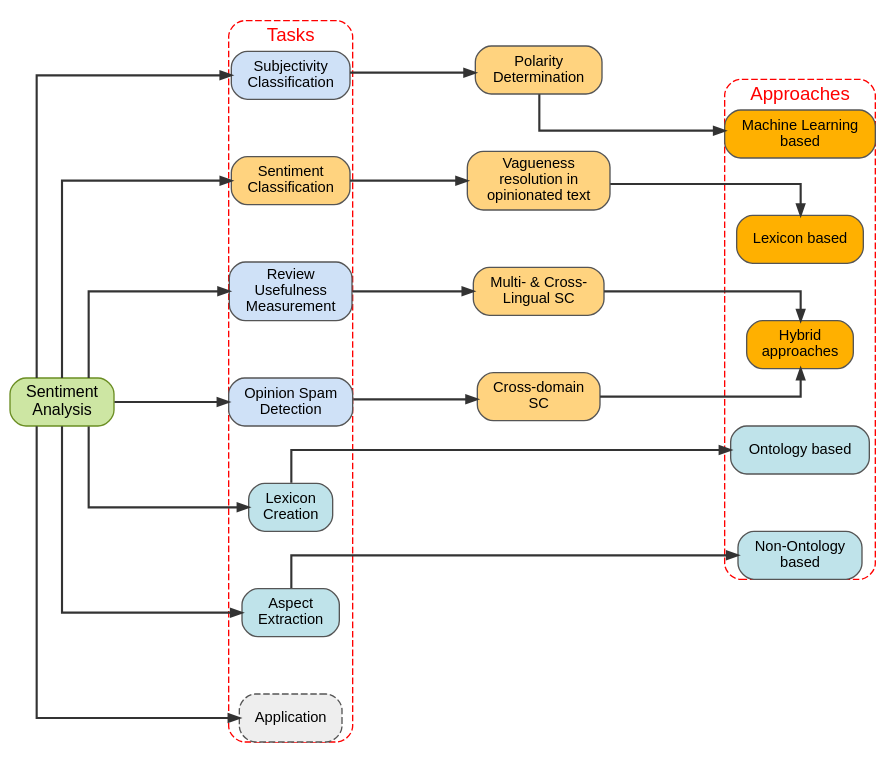
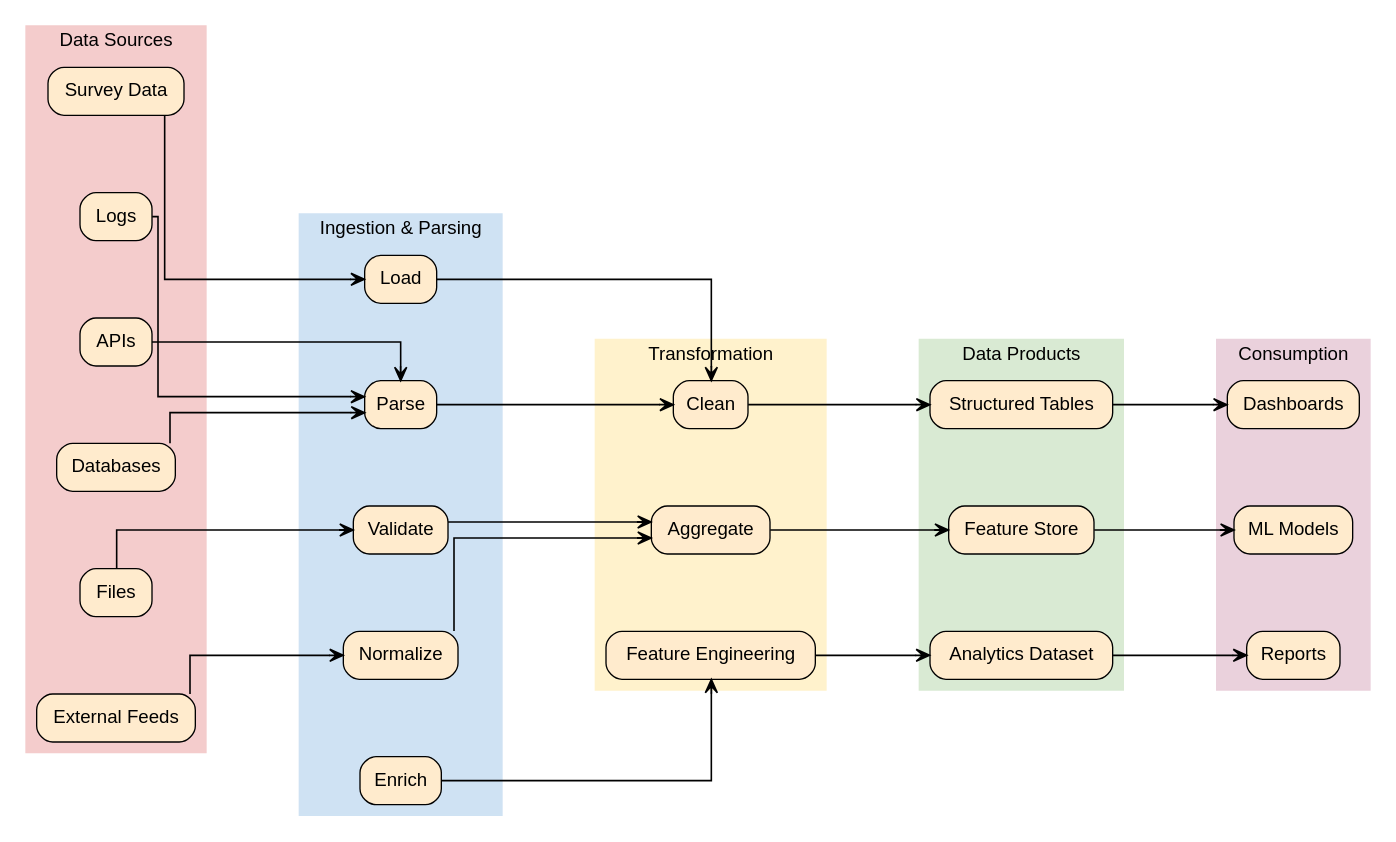
One commit to BostonAnalytics/AD698-generative-ai-for-BA changed the ninth of 12 diagrams in M1/M01_P2.qmd. Above: the diagram before and after it, drawn with Graphviz. The commit also changed other lines of this file and 18 other files, not shown here.

Commit message:
updated graphs

````diff
--- a/M1/M01_P2.qmd
+++ b/M1/M01_P2.qmd
@@ -405,203 +841,125 @@
 ```{dot}
-digraph Sentiment_Analysis_Map {
+digraph Pipeline {
 
-    /* =========================
-       Global settings
-       ========================= */
+  rankdir=LR;
+  splines=ortho;
+  concentrate=true;
+  nodesep=0.8;
+  ranksep=1.2;
+  fontname="Helvetica";
 
-    rankdir=LR;
-    newrank=true;
-    splines=ortho;
+  node [
+    shape=box,
+    style="filled,rounded",
+    fontname="Helvetica",
+    fillcolor="blanchedalmond"
+  ];
 
-    graph [
-        fontname="Helvetica"
-        fontsize=11
-        bgcolor="white"
-        pad="0.0"
-        margin="0"
-        nodesep="0.6"
-        ranksep="1.2"
-    ];
+  edge [
+    arrowhead=vee,
+    penwidth=1.2
+  ];
 
-    node [
-        shape=box
-        style="rounded,filled"
-        fontname="Helvetica"
-        fontsize=11
-        color="#555555"
-    ];
+  /* =========================
+     STAGE 1 — DATA SOURCES
+     ========================= */
+  subgraph cluster_data {
+    label="Data Sources";
+    color="#f4cccc";
+    style=filled;
+    rank=same;
 
-    edge [
-        color="#333333"
-        penwidth=1.6
-        arrowsize=0.8
-    ];
+    ds1 [label="Survey Data"];
+    ds2 [label="Logs"];
+    ds3 [label="APIs"];
+    ds4 [label="Databases"];
+    ds5 [label="Files"];
+    ds6 [label="External Feeds"];
+  }
 
-    /* =========================
-       Root
-       ========================= */
+  /* =========================
+     STAGE 2 — INGESTION
+     ========================= */
+  subgraph cluster_ingest {
+    label="Ingestion & Parsing";
+    color="#cfe2f3";
+    style=filled;
+    rank=same;
 
-    SentimentAnalysis [
-        label="Sentiment\nAnalysis"
-        fillcolor="#cde6a3"
-        fontsize=12
-        color="#6b8e23"
-    ];
+    p1 [label="Load"];
+    p2 [label="Parse"];
+    p3 [label="Validate"];
+    p4 [label="Normalize"];
+    p5 [label="Enrich"];
+  }
 
-    /* =========================
-       TASKS CLUSTER
-       ========================= */
+  /* =========================
+     STAGE 3 — TRANSFORMATION
+     ========================= */
+  subgraph cluster_transform {
+    label="Transformation";
+    color="#fff2cc";
+    style=filled;
+    rank=same;
 
-    subgraph cluster_tasks {
-        label="Tasks";
-        style="dashed,rounded";
-        color="red";
-        fontcolor="red";
-        fontsize=14;
+    t1 [label="Clean"];
+    t2 [label="Aggregate"];
+    t3 [label="Feature Engineering"];
+  }
 
-        Subjectivity [
-            label="Subjectivity\nClassification"
-            fillcolor="#cfe1f7"
-        ];
+  /* =========================
+     STAGE 4 — DATA PRODUCTS
+     ========================= */
+  subgraph cluster_products {
+    label="Data Products";
+    color="#d9ead3";
+    style=filled;
+    rank=same;
+    splines=curved;
 
-        SentimentClass [
-            label="Sentiment\nClassification"
-            fillcolor="#ffd37f"
-        ];
 
-        ReviewUse [
-            label="Review\nUsefulness\nMeasurement"
-            fillcolor="#cfe1f7"
-        ];
+    o1 [label="Structured Tables"];
+    o2 [label="Feature Store"];
+    o3 [label="Analytics Dataset"];
+  }
 
-        SpamDetect [
-            label="Opinion Spam\nDetection"
-            fillcolor="#cfe1f7"
-        ];
+  /* =========================
+     STAGE 5 — CONSUMPTION
+     ========================= */
+  subgraph cluster_consume {
+    label="Consumption";
+    color="#ead1dc";
+    style=filled;
+    rank=same;
 
-        LexiconCreate [
-            label="Lexicon\nCreation"
-            fillcolor="#bfe3ea"
-        ];
+    c1 [label="Dashboards"];
+    c2 [label="ML Models"];
+    c3 [label="Reports"];
+  }
 
-        AspectExtract [
-            label="Aspect\nExtraction"
-            fillcolor="#bfe3ea"
-        ];
+  /* =========================
+     FLOWS
+     ========================= */
+  ds1 -> p1;
+  ds2 -> p2;
+  ds3 -> p2;
+  ds4 -> p2;
+  ds5 -> p3;
+  ds6 -> p4;
 
-        Application [
-            label="Application"
-            fillcolor="#eeeeee"
-            style="rounded,dashed,filled"
-        ];
-    }
+  p1 -> t1;
+  p2 -> t1;
+  p3 -> t2;
+  p4 -> t2;
+  p5 -> t3;
 
-    /* =========================
-       SUBTASKS (middle column)
-       ========================= */
+  t1 -> o1;
+  t2 -> o2;
+  t3 -> o3;
 
-    subgraph cluster_subtasks {
-        label="";
-        color="invis";
-
-        Polarity [
-            label="Polarity\nDetermination"
-            fillcolor="#ffd37f"
-        ];
-
-        Vagueness [
-            label="Vagueness\nresolution in\nopinionated text"
-            fillcolor="#ffd37f"
-        ];
-
-        MultiLingual [
-            label="Multi- & Cross-\nLingual SC"
-            fillcolor="#ffd37f"
-        ];
-
-        CrossDomain [
-            label="Cross-domain\nSC"
-            fillcolor="#ffd37f"
-        ];
-    }
-
-    /* =========================
-       APPROACHES CLUSTER
-       ========================= */
-
-    subgraph cluster_approaches {
-        label="Approaches";
-        style="dashed,rounded";
-        color="red";
-        fontcolor="red";
-        fontsize=14;
-
-        ML [
-            label="Machine Learning\nbased"
-            fillcolor="#ffb000"
-        ];
-
-        LexiconBased [
-            label="Lexicon based"
-            fillcolor="#ffb000"
-        ];
-
-        Hybrid [
-            label="Hybrid\napproaches"
-            fillcolor="#ffb000"
-        ];
-
-        Ontology [
-            label="Ontology based"
-            fillcolor="#bfe3ea"
-        ];
-
-        NonOntology [
-            label="Non-Ontology\nbased"
-            fillcolor="#bfe3ea"
-        ];
-    }
-
-    /* =========================
-       EDGES — Main tree
-       ========================= */
-
-    SentimentAnalysis -> Subjectivity;
-    SentimentAnalysis -> SentimentClass;
-    SentimentAnalysis -> ReviewUse;
-    SentimentAnalysis -> SpamDetect;
-    SentimentAnalysis -> LexiconCreate;
-    SentimentAnalysis -> AspectExtract;
-    SentimentAnalysis -> Application;
-
-    /* =========================
-       Task → Subtask links
-       ========================= */
-
-    Subjectivity   -> Polarity;
-    SentimentClass -> Vagueness;
-    ReviewUse      -> MultiLingual;
-    SpamDetect     -> CrossDomain;
-
-    /* =========================
-       Subtask → Approaches
-       ========================= */
-
-    Polarity     -> ML;
-    Vagueness    -> LexiconBased;
-    MultiLingual -> Hybrid;
-    CrossDomain  -> Hybrid;
-
-    LexiconCreate -> Ontology;
-    AspectExtract -> NonOntology;
-
-    /* =========================
-       Rank alignment
-       ========================= */
-
-    { rank=same; Subjectivity; SentimentClass; ReviewUse; SpamDetect; LexiconCreate; AspectExtract; Application; }
-    { rank=same; Polarity; Vagueness; MultiLingual; CrossDomain; }
-    { rank=same; ML; LexiconBased; Hybrid; Ontology; NonOntology; }
+  o1 -> c1;
+  o2 -> c2;
+  o3 -> c3;
 }
 
 ```
````
